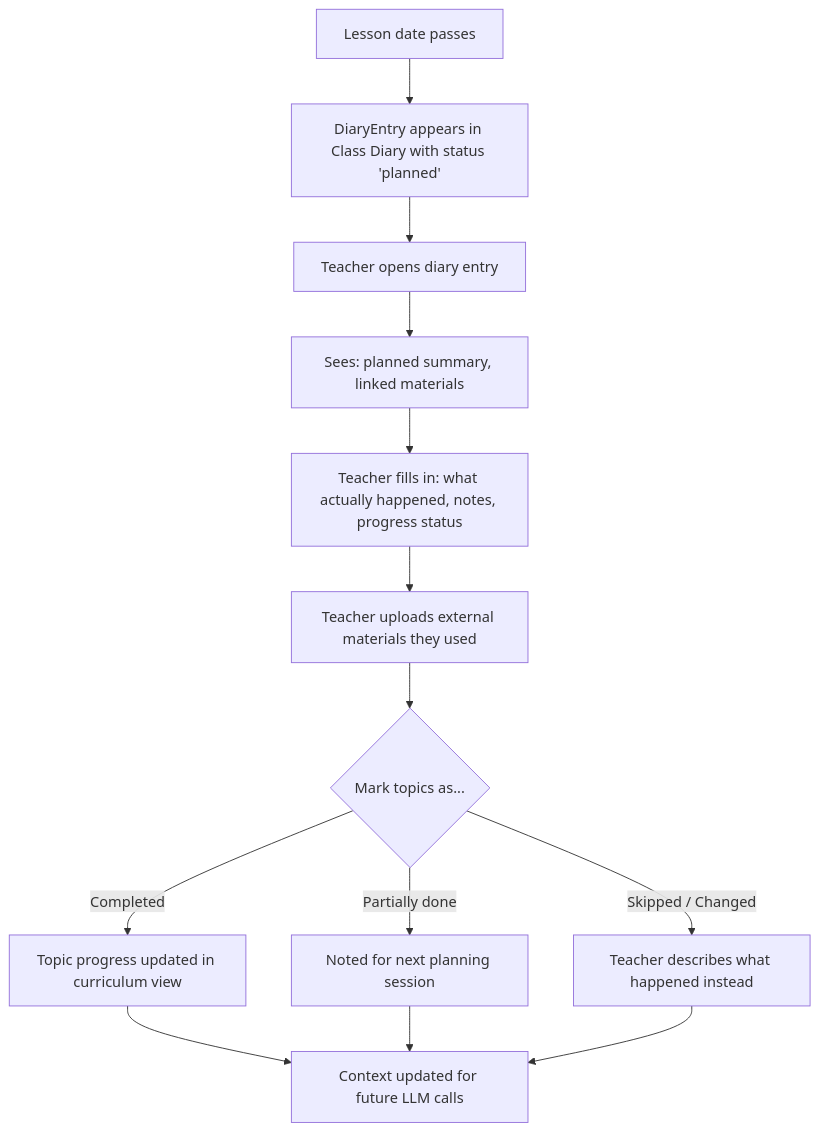
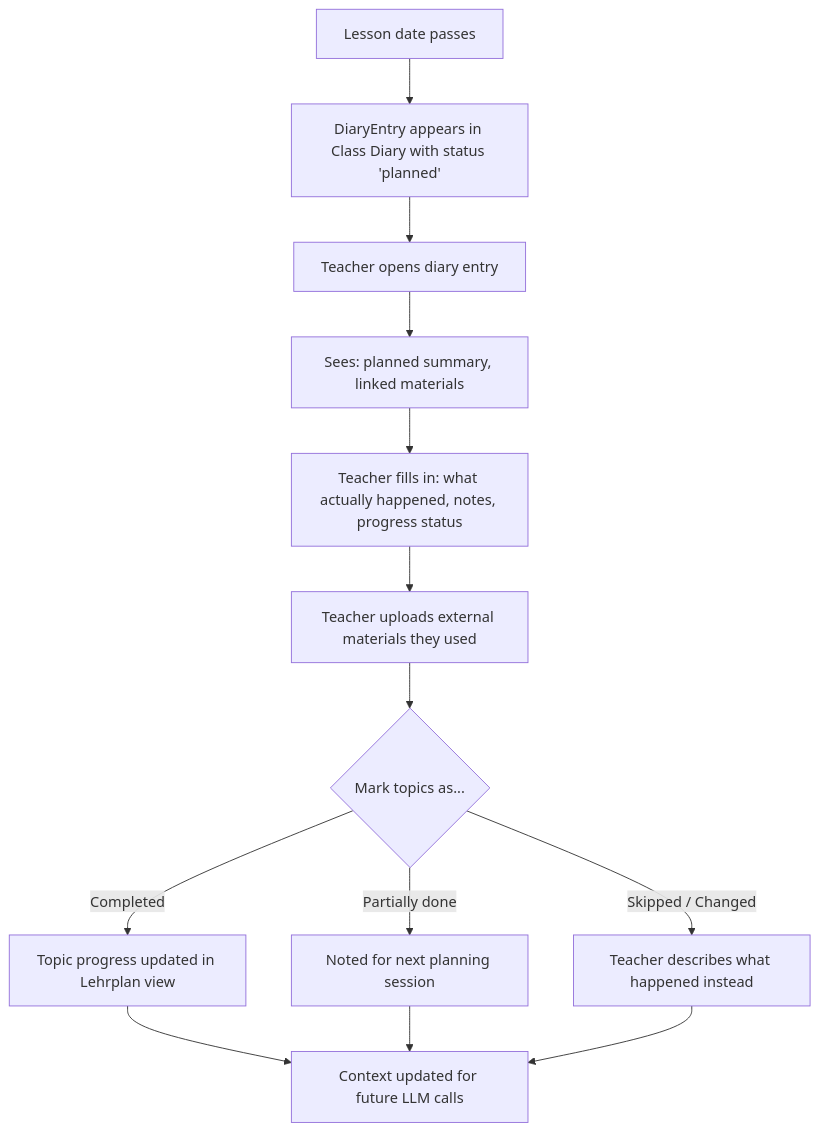
One commit to Code-Snap-UG/chalkdust changed the fourth of 10 diagrams in docs/features/lesson-planning.md. Above: the diagram before and after it, drawn with Mermaid. The commit also changed other lines of this file and 27 other files, not shown here.

````diff
--- a/docs/features/lesson-planning.md
+++ b/docs/features/lesson-planning.md
@@ -191,15 +191,15 @@
 ```mermaid
 flowchart TD
     A[Lesson date passes] --> B[DiaryEntry appears in Class Diary with status 'planned']
     B --> C[Teacher opens diary entry]
     C --> D[Sees: planned summary, linked materials]
     D --> E[Teacher fills in: what actually happened, notes, progress status]
     E --> F[Teacher uploads external materials they used]
     F --> G{Mark topics as...}
-    G -->|Completed| H[Topic progress updated in curriculum view]
+    G -->|Completed| H[Topic progress updated in Lehrplan view]
     G -->|Partially done| I[Noted for next planning session]
     G -->|Skipped / Changed| J[Teacher describes what happened instead]
     H --> K[Context updated for future LLM calls]
     I --> K
     J --> K
 ```
````
